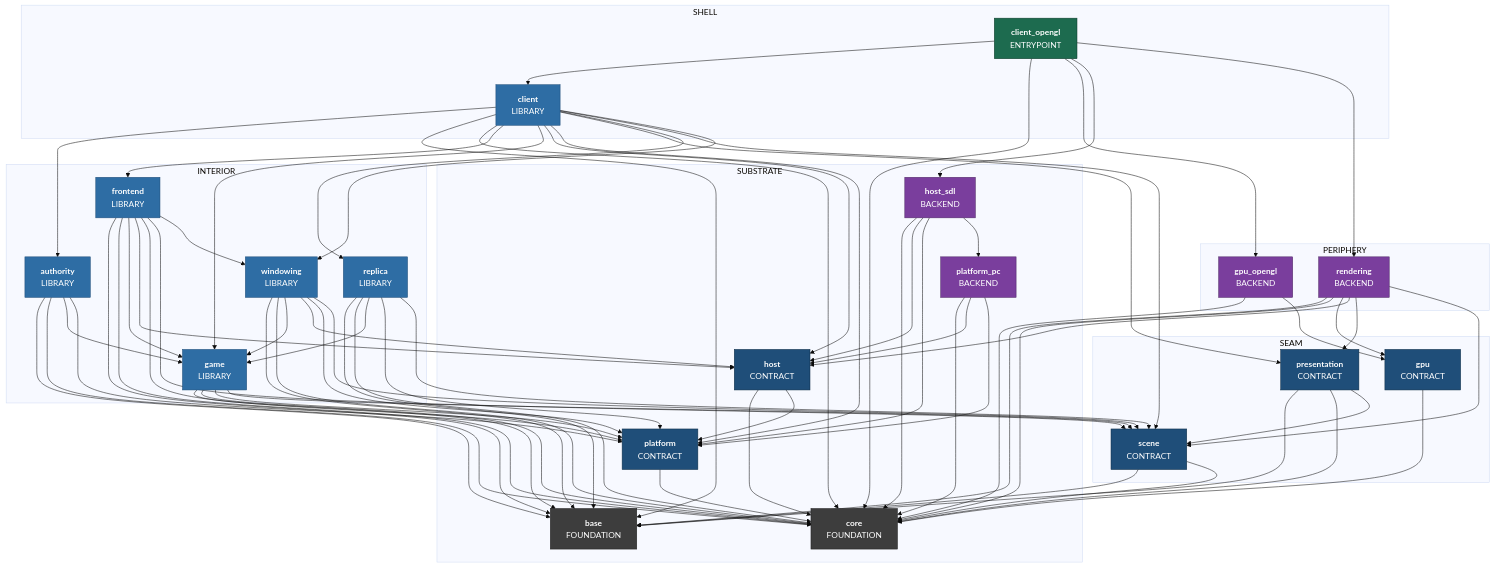
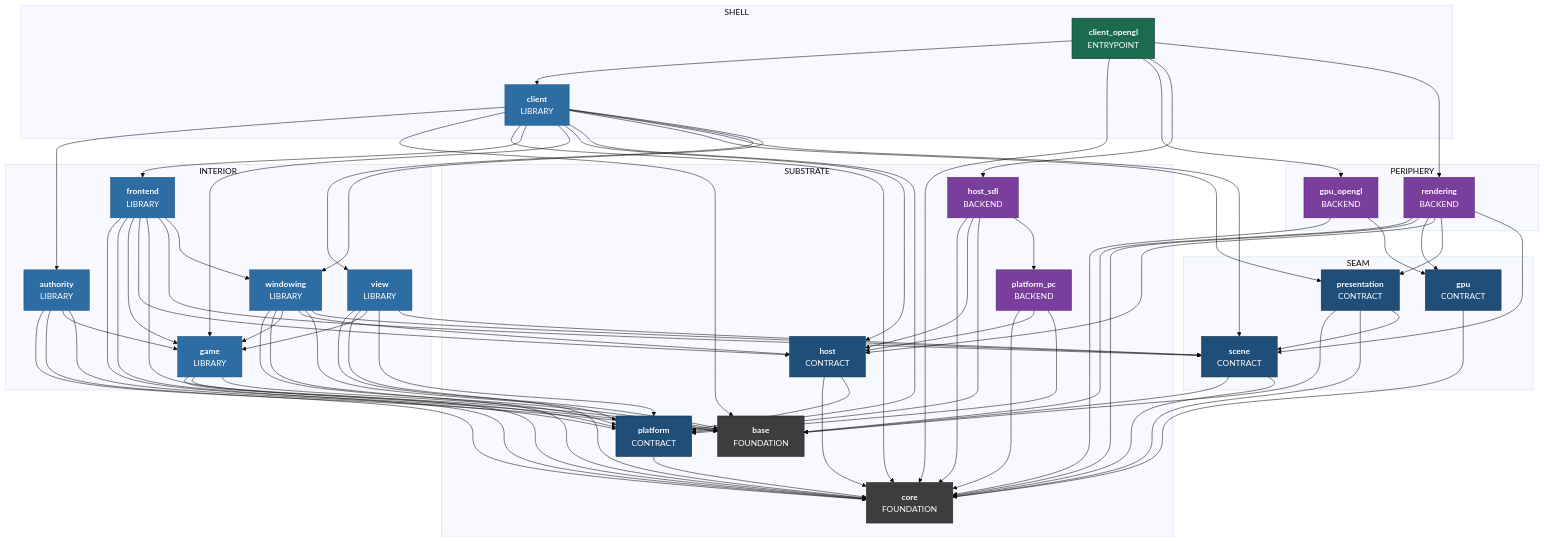
One commit to apnex/OpenStarbound changed the fourth of 7 diagrams in docs/superpowers/specs/2026-08-01-sovereign-headless-client-design.md. Above: the diagram before and after it, drawn with Mermaid (base theme). The commit also changed other lines of this file and 1 other file, not shown here.

First line of the commit message:
docs(spec): tier 2 -- an entity no longer knows how it looks; `replica` renamed to `view`

````diff
--- a/docs/superpowers/specs/2026-08-01-sovereign-headless-client-design.md
+++ b/docs/superpowers/specs/2026-08-01-sovereign-headless-client-design.md
@@ -904,7 +938,7 @@
     authority["<b>authority</b><br/>LIBRARY"]
     frontend["<b>frontend</b><br/>LIBRARY"]
     game["<b>game</b><br/>LIBRARY"]
-    replica["<b>replica</b><br/>LIBRARY"]
+    view["<b>view</b><br/>LIBRARY"]
     windowing["<b>windowing</b><br/>LIBRARY"]
   end
   subgraph Z_PERIPHERY ["PERIPHERY"]
@@ -927,8 +961,8 @@
   client --> host
   client --> platform
   client --> presentation
-  client --> replica
   client --> scene
+  client --> view
   client --> windowing
   client_opengl --> client
   client_opengl --> core
@@ -945,7 +979,6 @@
   game --> base
   game --> core
   game --> platform
-  game --> scene
   gpu --> core
   gpu_opengl --> core
   gpu_opengl --> gpu
@@ -968,13 +1001,13 @@
   rendering --> host
   rendering --> presentation
   rendering --> scene
-  replica --> base
-  replica --> core
-  replica --> game
-  replica --> platform
-  replica --> scene
   scene --> base
   scene --> core
+  view --> base
+  view --> core
+  view --> game
+  view --> platform
+  view --> scene
   windowing --> base
   windowing --> core
   windowing --> game
@@ -989,6 +1022,6 @@
   class base,core kFoundation
   class gpu,host,platform,presentation,scene kContract
   class gpu_opengl,host_sdl,platform_pc,rendering kBackend
-  class authority,client,frontend,game,replica,windowing kLibrary
+  class authority,client,frontend,game,view,windowing kLibrary
   class client_opengl kEntrypoint
 ```
````
